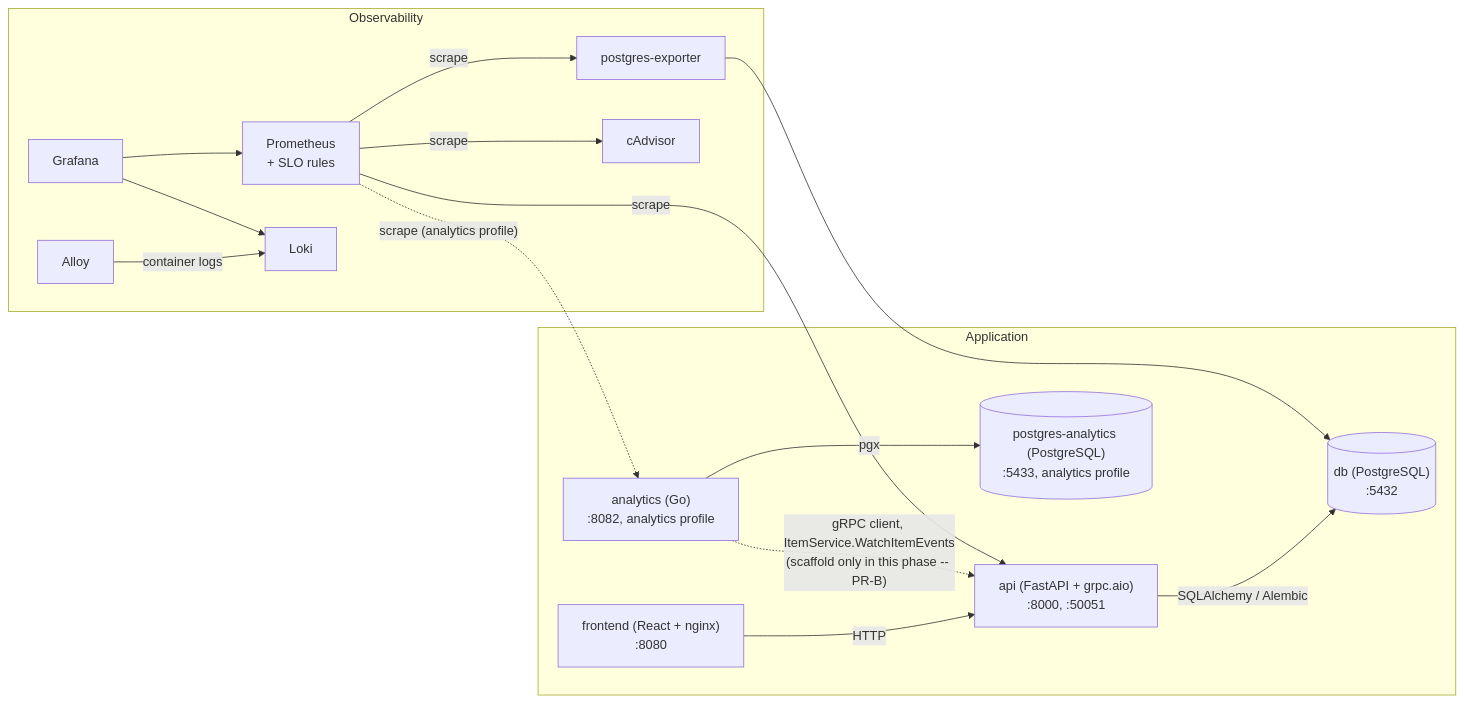
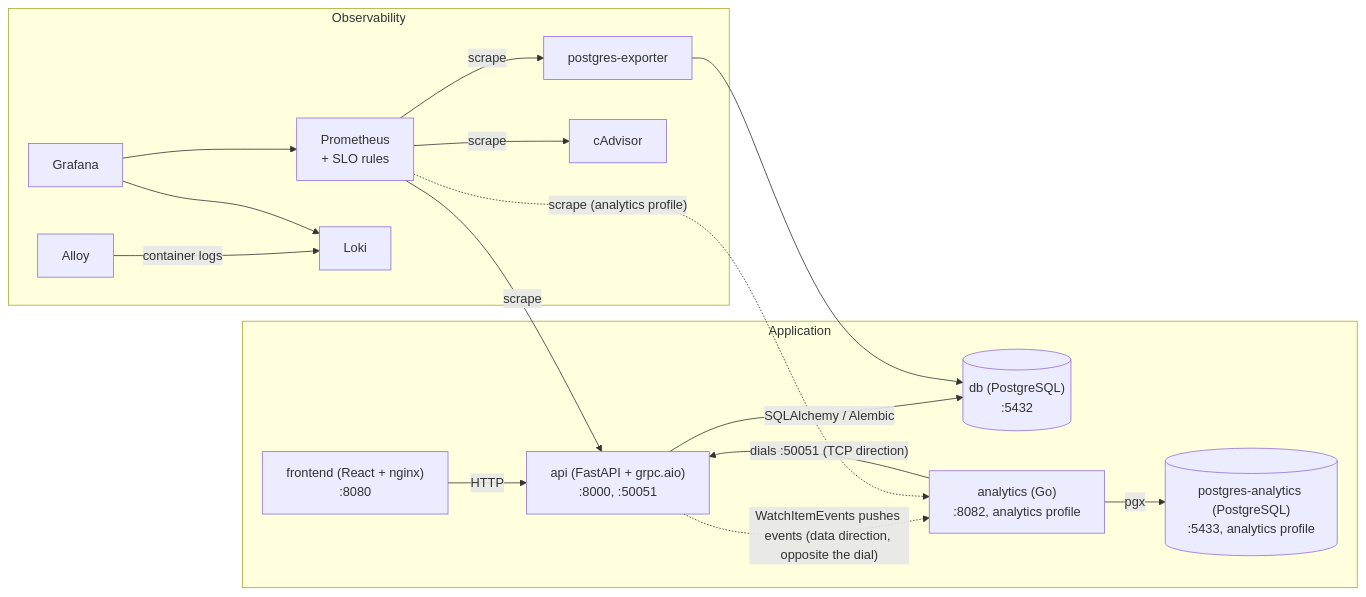
One commit to vovinacci/devops-demo changed the diagram in docs/architecture.md. Above: the diagram before and after it, drawn with Mermaid. The commit also changed other lines of this file and 27 other files, not shown here.

First line of the commit message:
feat(analytics): ingest backend item events over gRPC (#165)

````diff
--- a/docs/architecture.md
+++ b/docs/architecture.md
@@ -8,32 +8,33 @@
 ```mermaid
 flowchart LR
     subgraph app [Application]
         fe["frontend (React + nginx)<br/>:8080"]
         be["api (FastAPI + grpc.aio)<br/>:8000, :50051"]
         pg[("db (PostgreSQL)<br/>:5432")]
         an["analytics (Go)<br/>:8082, analytics profile"]
         pgA[("postgres-analytics (PostgreSQL)<br/>:5433, analytics profile")]
     end
 
     subgraph obs [Observability]
         pgx["postgres-exporter"]
         cad["cAdvisor"]
         prom["Prometheus<br/>+ SLO rules"]
         alloy["Alloy"]
         loki["Loki"]
         graf["Grafana"]
     end
 
     fe -->|HTTP| be
     be -->|SQLAlchemy / Alembic| pg
     pgx --> pg
     an -->|pgx| pgA
-    an -.->|"gRPC client, ItemService.WatchItemEvents<br/>(scaffold only in this phase -- PR-B)"| be
+    an -->|"dials :50051 (TCP direction)"| be
+    be -.->|"WatchItemEvents pushes events (data direction, opposite the dial)"| an
     prom -->|scrape| be
     prom -->|scrape| pgx
     prom -->|scrape| cad
     prom -.->|"scrape (analytics profile)"| an
     alloy -->|container logs| loki
     graf --> prom
     graf --> loki
 ```
````
